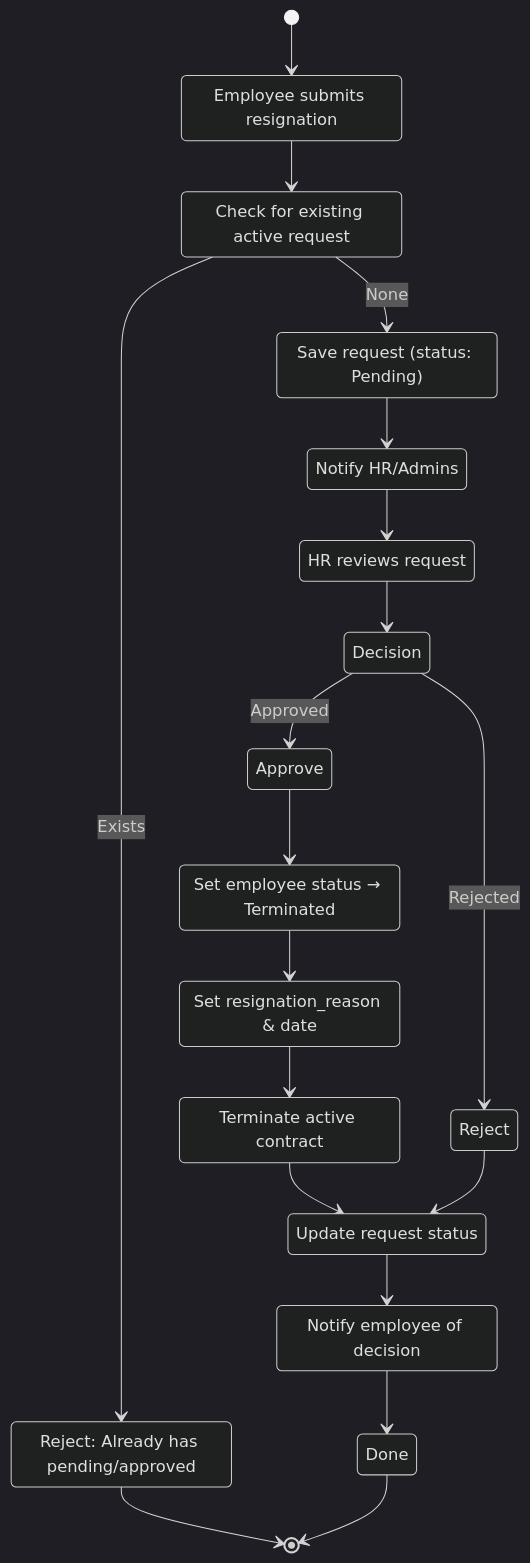
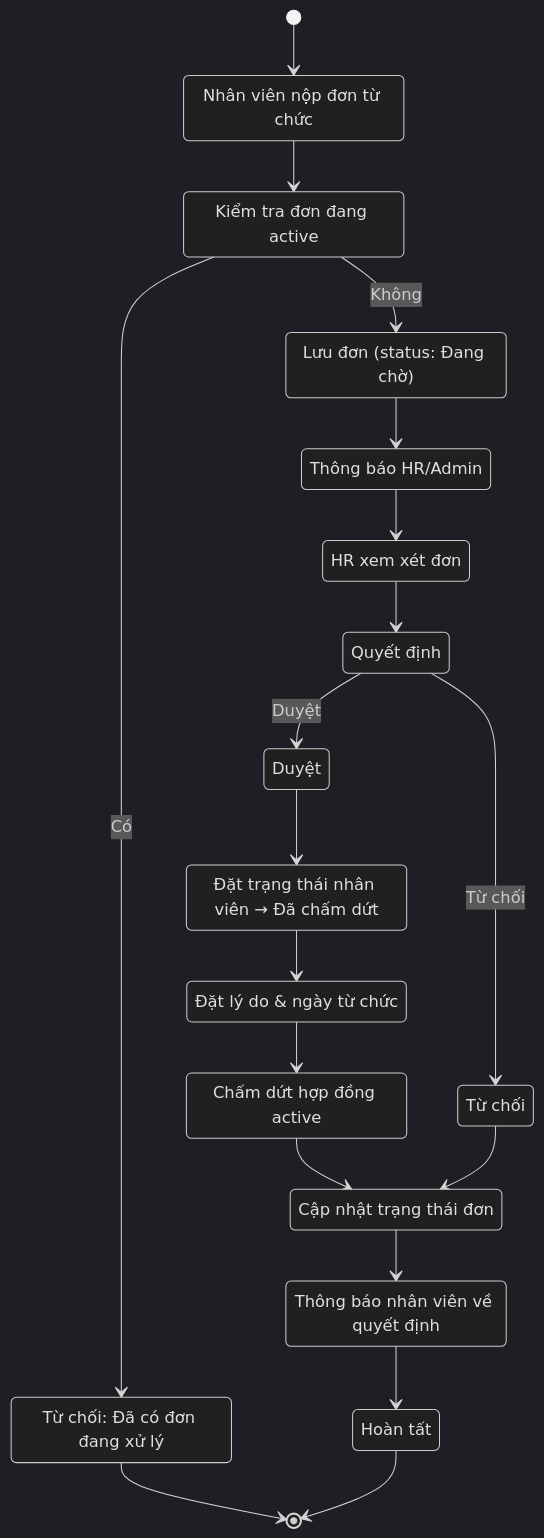
Before and after one commit to Luo-Zhii/HRM-Gene: the fifth of 16 diagrams in docs/activity-diagram.md, drawn with Mermaid (dark theme). The commit also changed other lines of this file and 3 other files, not shown here.

````diff
--- a/docs/activity-diagram.md
+++ b/docs/activity-diagram.md
@@ -186,41 +223,41 @@
 ```mermaid
 stateDiagram-v2
-    state "Employee submits resignation" as submit
-    state "Check for existing active request" as check_existing
-    state "Reject: Already has pending/approved" as reject_dup
-    state "Save request (status: Pending)" as save_req
-    state "Notify HR/Admins" as notify_hr
-    state "HR reviews request" as hr_review
-    state "Decision" as decision
-    state "Approve" as approve
-    state "Reject" as reject_req
-    state "Set employee status → Terminated" as terminate
-    state "Set resignation_reason & date" as set_reason
-    state "Terminate active contract" as terminate_contract
-    state "Update request status" as update_status
-    state "Notify employee of decision" as notify_emp
-    state "Done" as done
+    state "Nhân viên nộp đơn từ chức" as submit
+    state "Kiểm tra đơn đang active" as check_existing
+    state "Từ chối: Đã có đơn đang xử lý" as reject_dup
+    state "Lưu đơn (status: Đang chờ)" as save_req
+    state "Thông báo HR/Admin" as notify_hr
+    state "HR xem xét đơn" as hr_review
+    state "Quyết định" as decision
+    state "Duyệt" as approve
+    state "Từ chối" as reject_req
+    state "Đặt trạng thái nhân viên → Đã chấm dứt" as terminate
+    state "Đặt lý do & ngày từ chức" as set_reason
+    state "Chấm dứt hợp đồng active" as terminate_contract
+    state "Cập nhật trạng thái đơn" as update_status
+    state "Thông báo nhân viên về quyết định" as notify_emp
+    state "Hoàn tất" as done
 
     [*] --> submit
     submit --> check_existing
-    check_existing --> reject_dup : Exists
-    check_existing --> save_req : None
+    check_existing --> reject_dup : Có
+    check_existing --> save_req : Không
     reject_dup --> [*]
     save_req --> notify_hr
     notify_hr --> hr_review
     hr_review --> decision
-    
-    decision --> approve : Approved
-    decision --> reject_req : Rejected
-    
+
+    decision --> approve : Duyệt
+    decision --> reject_req : Từ chối
+
     approve --> terminate
     terminate --> set_reason
     set_reason --> terminate_contract
     terminate_contract --> update_status
-    
+
     reject_req --> update_status
-    
+
     update_status --> notify_emp
     notify_emp --> done
     done --> [*]
 ```
````
